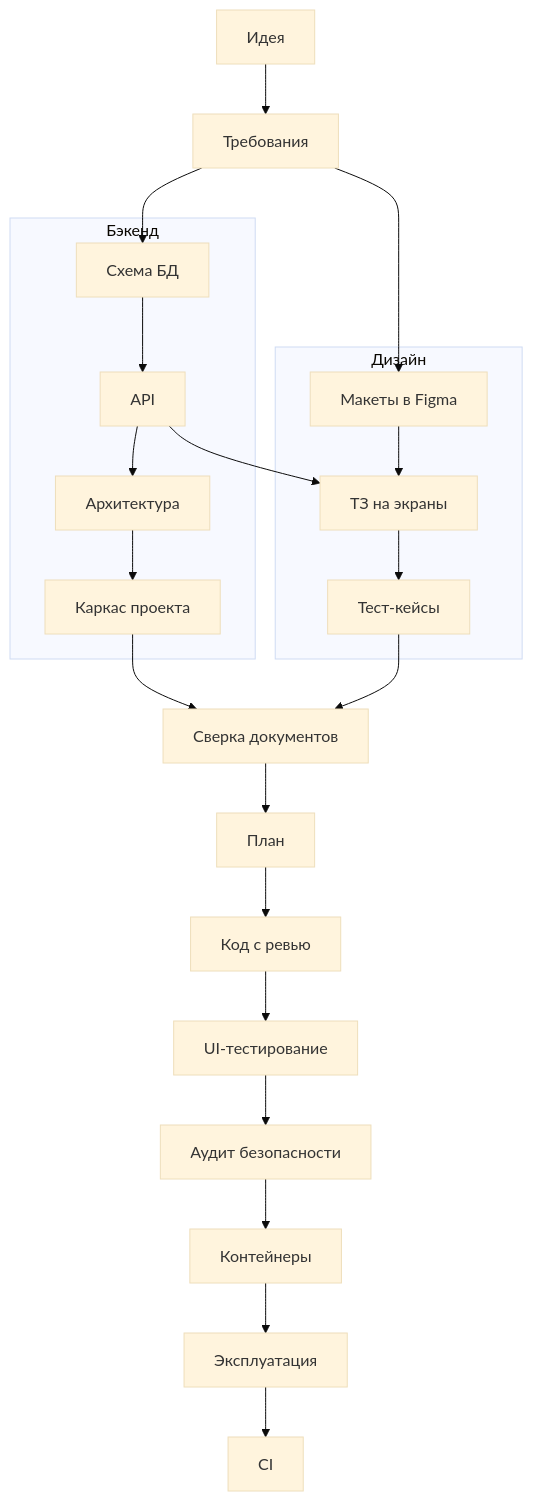
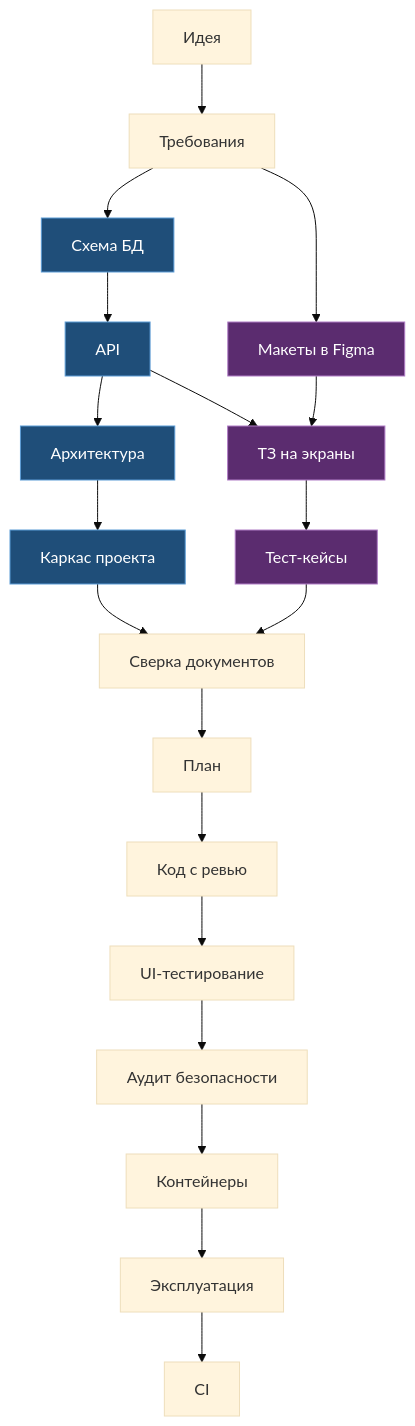
The diagram in README.md (Idontlikedrinkpivo/web-dev-pipeline-claude-plugin), drawn with Mermaid (base theme) before and after one commit. The commit also changed other lines of this file, not shown here.

Commit message:
README: cleaner process diagram

````diff
--- a/README.md
+++ b/README.md
@@ -27,16 +27,14 @@
 ```mermaid
 flowchart TD
     A[Идея] --> B[Требования]
-    subgraph backend [Бэкенд]
-        C[Схема БД] --> D[API] --> E[Архитектура] --> F[Каркас проекта]
-    end
-    subgraph design [Дизайн]
-        G[Макеты в Figma] --> H[ТЗ на экраны] --> I[Тест-кейсы]
-    end
-    B --> C
-    B --> G
+    B --> C[Схема БД] --> D[API] --> E[Архитектура] --> F[Каркас проекта]
+    B --> G[Макеты в Figma] --> H[ТЗ на экраны] --> I[Тест-кейсы]
     D --> H
     F --> J[Сверка документов]
     I --> J
     J --> K[План] --> L[Код с ревью] --> M[UI-тестирование] --> S[Аудит безопасности] --> N[Контейнеры] --> P[Эксплуатация] --> O[CI]
+    classDef backend fill:#1f4e79,stroke:#5b9bd5,color:#ffffff
+    classDef design fill:#5b2c6f,stroke:#b07cc6,color:#ffffff
+    class C,D,E,F backend
+    class G,H,I design
 ```
````
